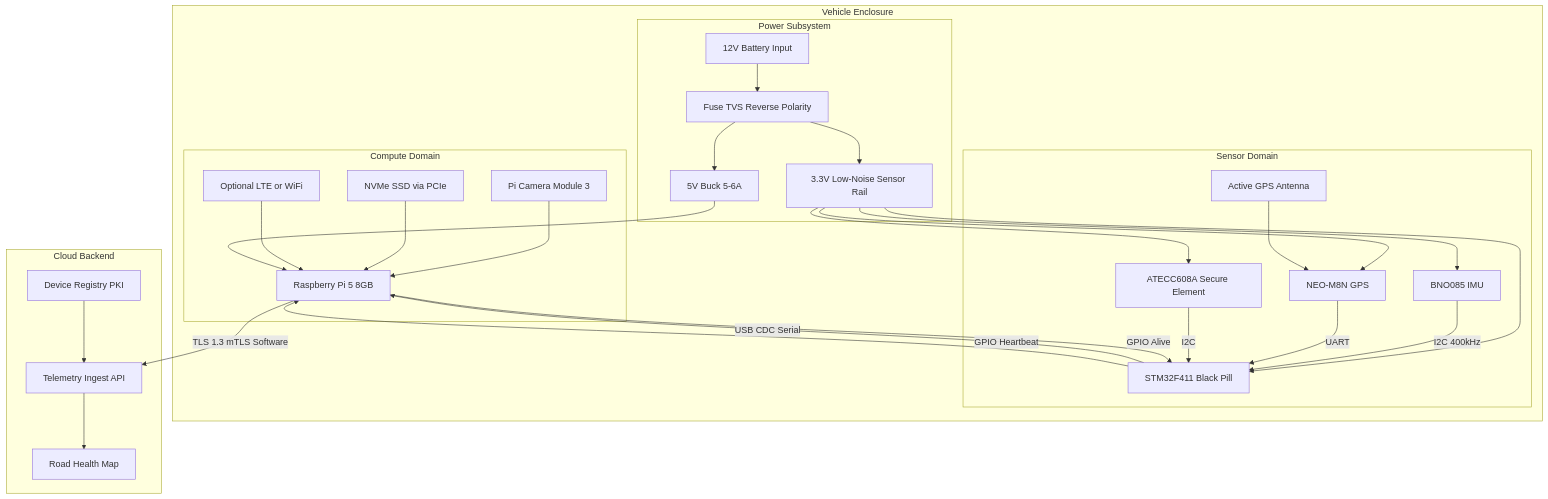
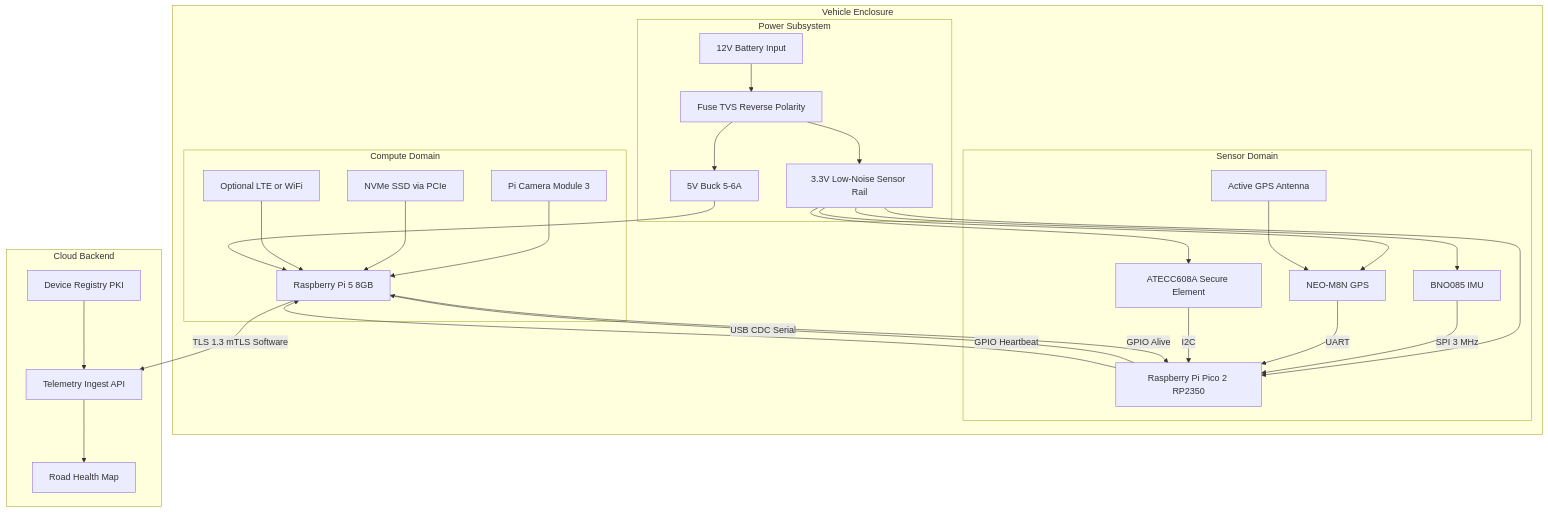
Before and after one commit to BlueWaves-afk/vigia-raspi: the first of 8 diagrams in docs/hardware-architecture.md, drawn with Mermaid. The commit also changed other lines of this file and 6 other files, not shown here.

Commit message:
Pivot from stm32f411ce to raspi pico2

````diff
--- a/docs/hardware-architecture.md
+++ b/docs/hardware-architecture.md
@@ -11,54 +11,54 @@
 ```mermaid
 flowchart TB
   subgraph vehicle [Vehicle Enclosure]
     subgraph power [Power Subsystem]
       input[12V Battery Input]
       protection[Fuse TVS Reverse Polarity]
       buck5v[5V Buck 5-6A]
       buck3v3[3.3V Low-Noise Sensor Rail]
       input --> protection --> buck5v
       protection --> buck3v3
     end
 
     subgraph compute [Compute Domain]
       camera[Pi Camera Module 3]
       pi5[Raspberry Pi 5 8GB]
       nvme[NVMe SSD via PCIe]
       lte[Optional LTE or WiFi]
       camera --> pi5
       nvme --> pi5
       lte --> pi5
       buck5v --> pi5
     end
 
     subgraph sensorHub [Sensor Domain]
       imu[BNO085 IMU]
       gps[NEO-M8N GPS]
       seMcu[ATECC608A Secure Element]
-      stm32[STM32F411 Black Pill]
+      pico2[Raspberry Pi Pico 2 RP2350]
       antenna[Active GPS Antenna]
-      buck3v3 --> stm32
+      buck3v3 --> pico2
       buck3v3 --> imu
       buck3v3 --> gps
       buck3v3 --> seMcu
-      imu -->|I2C 400kHz| stm32
-      gps -->|UART| stm32
-      seMcu -->|I2C| stm32
+      imu -->|SPI 3 MHz| pico2
+      gps -->|UART| pico2
+      seMcu -->|I2C| pico2
       antenna --> gps
     end
 
-    stm32 -->|USB CDC Serial| pi5
-    stm32 -->|GPIO Heartbeat| pi5
-    pi5 -->|GPIO Alive| stm32
+    pico2 -->|USB CDC Serial| pi5
+    pico2 -->|GPIO Heartbeat| pi5
+    pi5 -->|GPIO Alive| pico2
   end
 
   subgraph cloud [Cloud Backend]
     ingest[Telemetry Ingest API]
     registry[Device Registry PKI]
     map[Road Health Map]
     ingest --> map
     registry --> ingest
   end
 
   pi5 -->|TLS 1.3 mTLS Software| ingest
 ```
````
